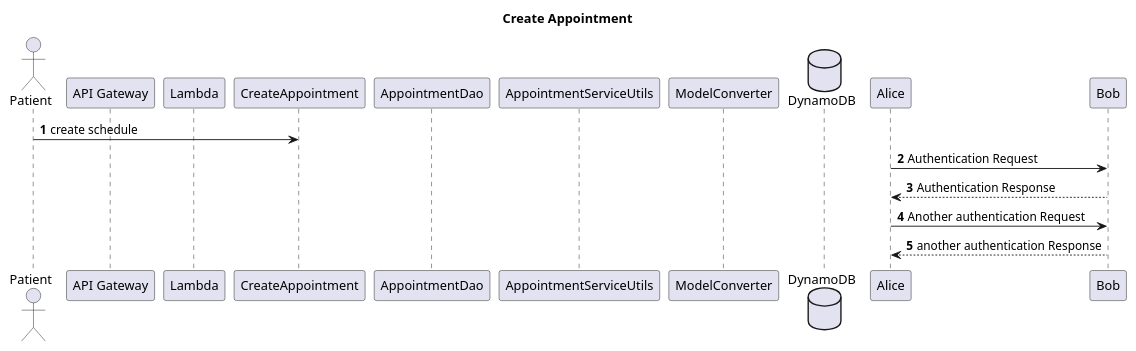
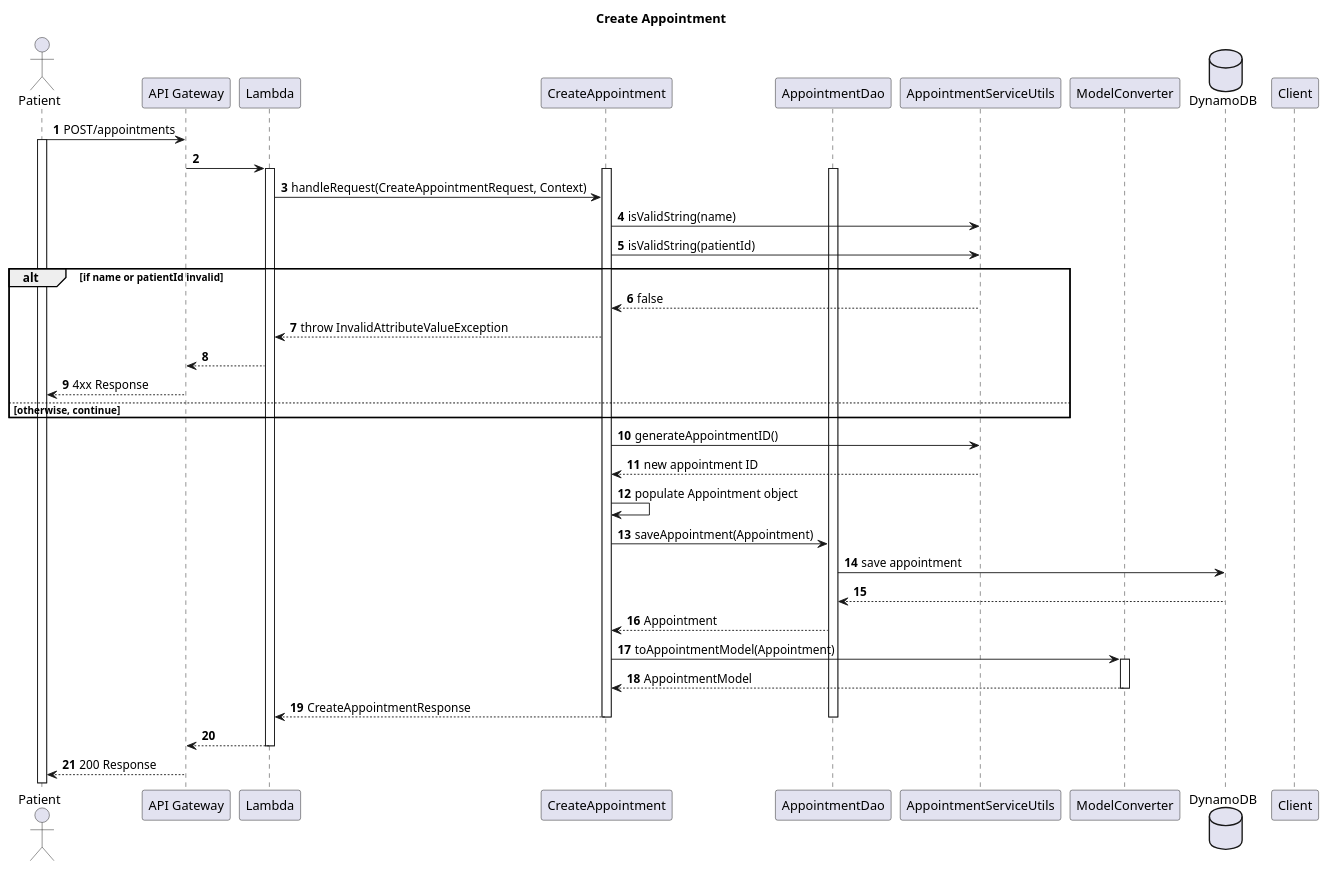
Before and after one commit to BloomTechBackend/bd-team-project-super_engineers: the diagram in resources/CreateAppointment-SD.puml, drawn with PlantUML. The commit also changed 6 other files, not shown here.

```diff
--- a/resources/CreateAppointment-SD.puml
+++ b/resources/CreateAppointment-SD.puml
@@ -1,21 +1,56 @@
 @startuml
 'https://plantuml.com/sequence-diagram
 title Create Appointment
 autonumber
 
 actor Patient
-participant "API Gateway" as APIGateway
+participant "API Gateway"
 participant Lambda
 participant CreateAppointment
 participant AppointmentDao
 participant AppointmentServiceUtils
 participant ModelConverter
 database DynamoDB
 
-Patient -> CreateAppointment : create schedule
-Alice -> Bob: Authentication Request
-Bob --> Alice: Authentication Response
+Patient -> "API Gateway" : POST/appointments
+activate Patient
+"API Gateway" -> Lambda
+activate Lambda
+activate CreateAppointment
+activate AppointmentDao
+Lambda -> CreateAppointment :  handleRequest(CreateAppointmentRequest, Context)
+CreateAppointment -> AppointmentServiceUtils : isValidString(name)
+CreateAppointment -> AppointmentServiceUtils : isValidString(patientId)
 
-Alice -> Bob: Another authentication Request
-Alice <-- Bob: another authentication Response
+alt if name or patientId invalid
+    CreateAppointment <-- AppointmentServiceUtils : false
+    Lambda <-- CreateAppointment : throw InvalidAttributeValueException
+    "API Gateway" <-- Lambda
+    Patient <-- "API Gateway" : 4xx Response
+else otherwise, continue
+end
+
+CreateAppointment -> AppointmentServiceUtils : generateAppointmentID()
+CreateAppointment <-- AppointmentServiceUtils : new appointment ID
+
+CreateAppointment -> CreateAppointment : populate Appointment object
+
+CreateAppointment -> AppointmentDao : saveAppointment(Appointment)
+AppointmentDao -> DynamoDB : save appointment
+AppointmentDao <-- DynamoDB
+CreateAppointment <-- AppointmentDao : Appointment
+
+CreateAppointment -> ModelConverter : toAppointmentModel(Appointment)
+activate ModelConverter
+CreateAppointment <-- ModelConverter : AppointmentModel
+deactivate ModelConverter
+
+Lambda <-- CreateAppointment : CreateAppointmentResponse
+deactivate AppointmentDao
+deactivate CreateAppointment
+"API Gateway" <-- Lambda
+deactivate Lambda
+Patient <-- "API Gateway" : 200 Response
+deactivate Client
+
 @enduml
```
